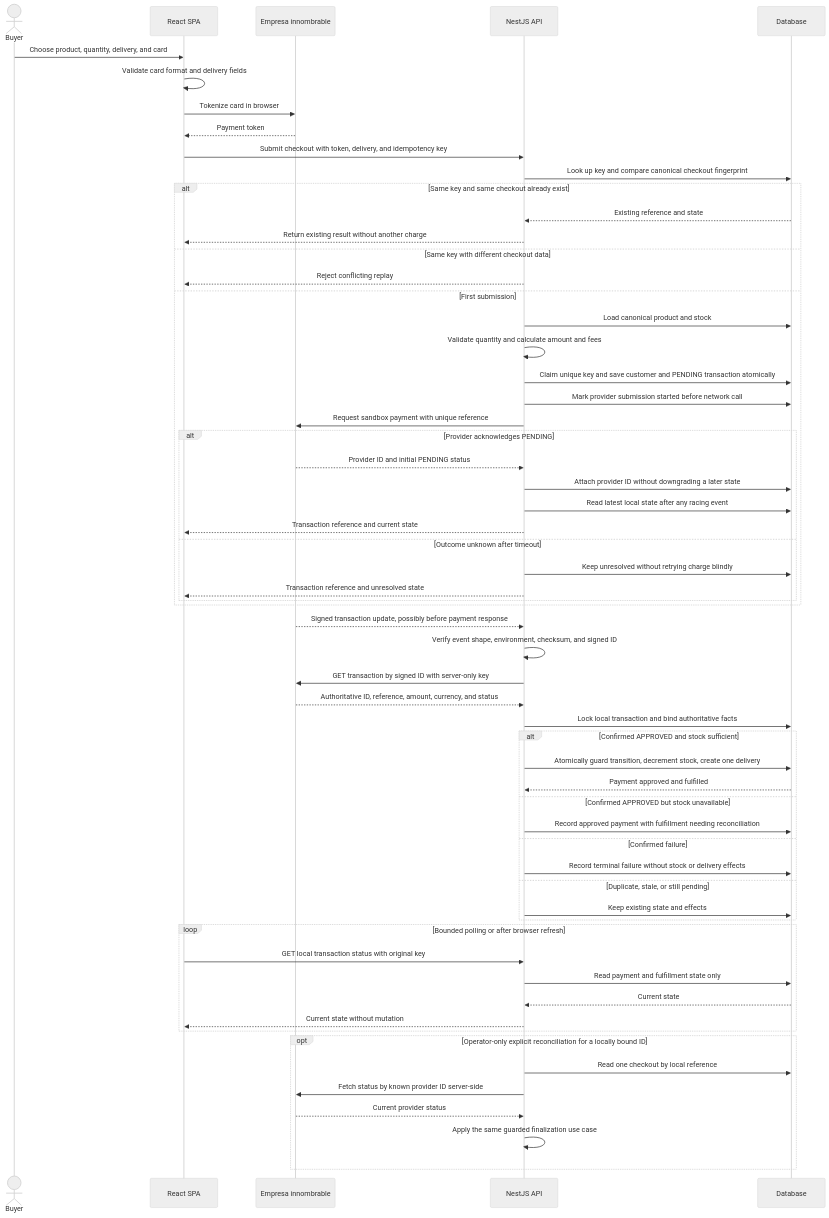
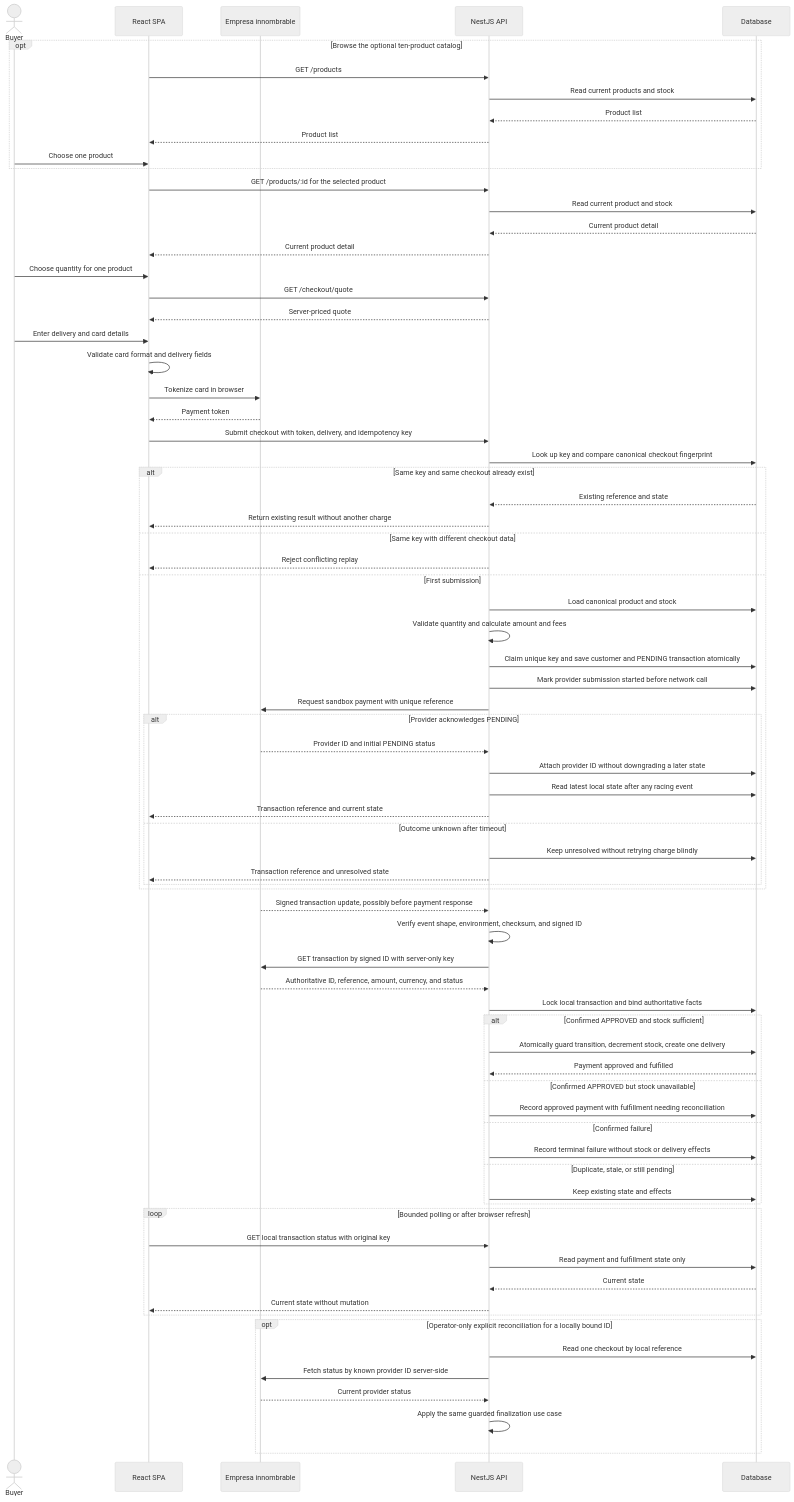
One commit to alexanderbeleno16/product-payment changed the third of 5 diagrams in README.md. Above: the diagram before and after it, drawn with Mermaid (neutral theme). The commit also changed other lines of this file and 70 other files, not shown here.

````diff
--- a/README.md
+++ b/README.md
@@ -58,66 +60,80 @@
 ```mermaid
 sequenceDiagram
     actor Buyer
     participant SPA as React SPA
     participant Provider as Empresa innombrable
     participant API as NestJS API
     participant DB as Database
 
-    Buyer->>SPA: Choose product, quantity, delivery, and card
+    opt Browse the optional ten-product catalog
+        SPA->>API: GET /products
+        API->>DB: Read current products and stock
+        DB-->>API: Product list
+        API-->>SPA: Product list
+        Buyer->>SPA: Choose one product
+    end
+    SPA->>API: GET /products/:id for the selected product
+    API->>DB: Read current product and stock
+    DB-->>API: Current product detail
+    API-->>SPA: Current product detail
+    Buyer->>SPA: Choose quantity for one product
+    SPA->>API: GET /checkout/quote
+    API-->>SPA: Server-priced quote
+    Buyer->>SPA: Enter delivery and card details
     SPA->>SPA: Validate card format and delivery fields
     SPA->>Provider: Tokenize card in browser
     Provider-->>SPA: Payment token
     SPA->>API: Submit checkout with token, delivery, and idempotency key
     API->>DB: Look up key and compare canonical checkout fingerprint
     alt Same key and same checkout already exist
         DB-->>API: Existing reference and state
         API-->>SPA: Return existing result without another charge
     else Same key with different checkout data
         API-->>SPA: Reject conflicting replay
     else First submission
         API->>DB: Load canonical product and stock
         API->>API: Validate quantity and calculate amount and fees
         API->>DB: Claim unique key and save customer and PENDING transaction atomically
         API->>DB: Mark provider submission started before network call
         API->>Provider: Request sandbox payment with unique reference
         alt Provider acknowledges PENDING
             Provider-->>API: Provider ID and initial PENDING status
             API->>DB: Attach provider ID without downgrading a later state
             API->>DB: Read latest local state after any racing event
             API-->>SPA: Transaction reference and current state
         else Outcome unknown after timeout
             API->>DB: Keep unresolved without retrying charge blindly
             API-->>SPA: Transaction reference and unresolved state
         end
     end
 
     Provider-->>API: Signed transaction update, possibly before payment response
     API->>API: Verify event shape, environment, checksum, and signed ID
     API->>Provider: GET transaction by signed ID with server-only key
     Provider-->>API: Authoritative ID, reference, amount, currency, and status
     API->>DB: Lock local transaction and bind authoritative facts
     alt Confirmed APPROVED and stock sufficient
         API->>DB: Atomically guard transition, decrement stock, create one delivery
         DB-->>API: Payment approved and fulfilled
     else Confirmed APPROVED but stock unavailable
         API->>DB: Record approved payment with fulfillment needing reconciliation
     else Confirmed failure
         API->>DB: Record terminal failure without stock or delivery effects
     else Duplicate, stale, or still pending
         API->>DB: Keep existing state and effects
     end
 
     loop Bounded polling or after browser refresh
         SPA->>API: GET local transaction status with original key
         API->>DB: Read payment and fulfillment state only
         DB-->>API: Current state
         API-->>SPA: Current state without mutation
     end
 
     opt Operator-only explicit reconciliation for a locally bound ID
         API->>DB: Read one checkout by local reference
         API->>Provider: Fetch status by known provider ID server-side
         Provider-->>API: Current provider status
         API->>API: Apply the same guarded finalization use case
     end
 ```
````
